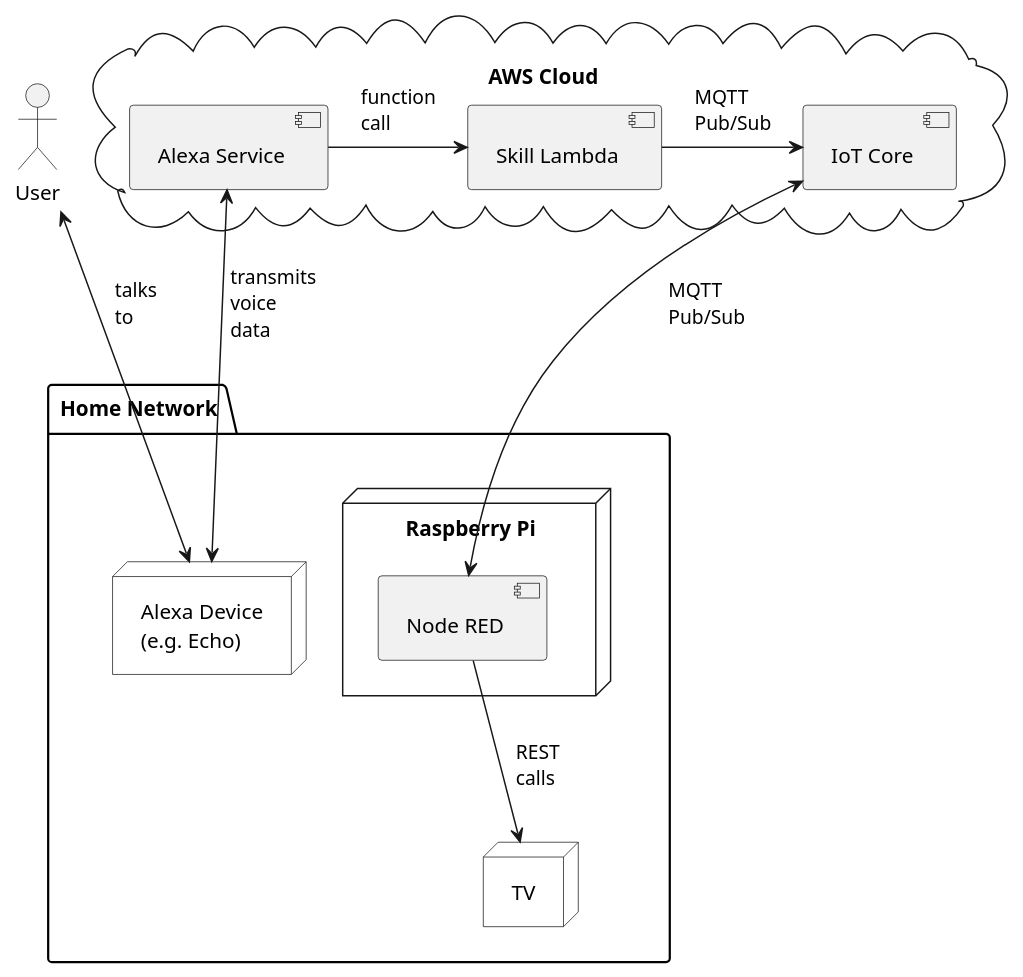
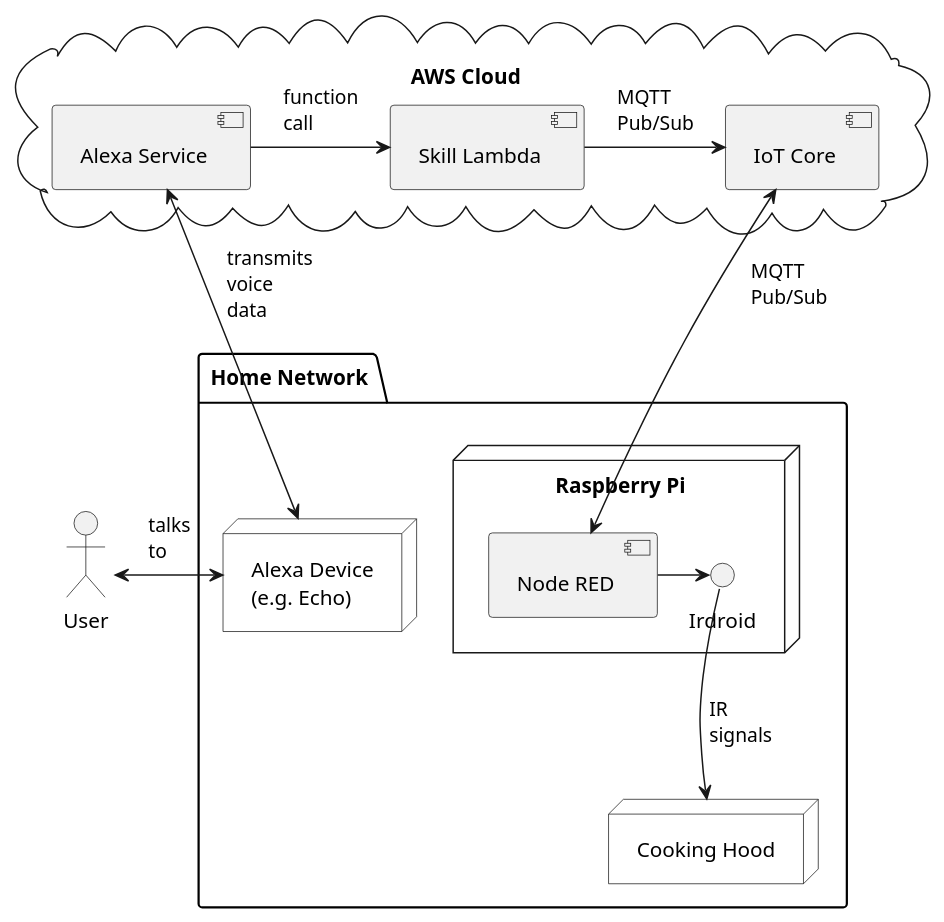
Before and after one commit to owahlen/mysmarthome: the diagram in images/architecture.puml, drawn with PlantUML. The commit also changed 9 other files, not shown here.

```diff
--- a/images/architecture.puml
+++ b/images/architecture.puml
@@ -1,31 +1,32 @@
 @startuml
 skinparam monochrome true
 skinparam componentStyle uml2
 skinparam padding 4
 
 actor "User" as user
 
 package "Home Network" as home {
   node "Alexa Device\l(e.g. Echo)" as echo #white
   node "Raspberry Pi" as pi #white {
+    interface "Irdroid" as irdroid
     [Node RED] as node_red
   }
-  node "TV" as tv #white
+  node "Cooking Hood" as hood #white
 }
 
 cloud "AWS Cloud" {
   [Alexa Service] as alexa_service
   [Skill Lambda] as lambda
   [IoT Core] as iot
 }
 
-user -[hidden]-> home
-pi -[hidden]-> tv
+pi -[hidden]-> hood
 user <-right-> echo : talks\lto
 echo <-right-> alexa_service: transmits\lvoice\ldata
 alexa_service -right-> lambda: function\lcall
 lambda -right-> iot: MQTT\lPub/Sub
 iot <-down-> node_red: MQTT\lPub/Sub
-node_red -right-> tv: REST\lcalls
+node_red -right-> irdroid
+irdroid -right-> hood: IR\lsignals
 
 @enduml
```
